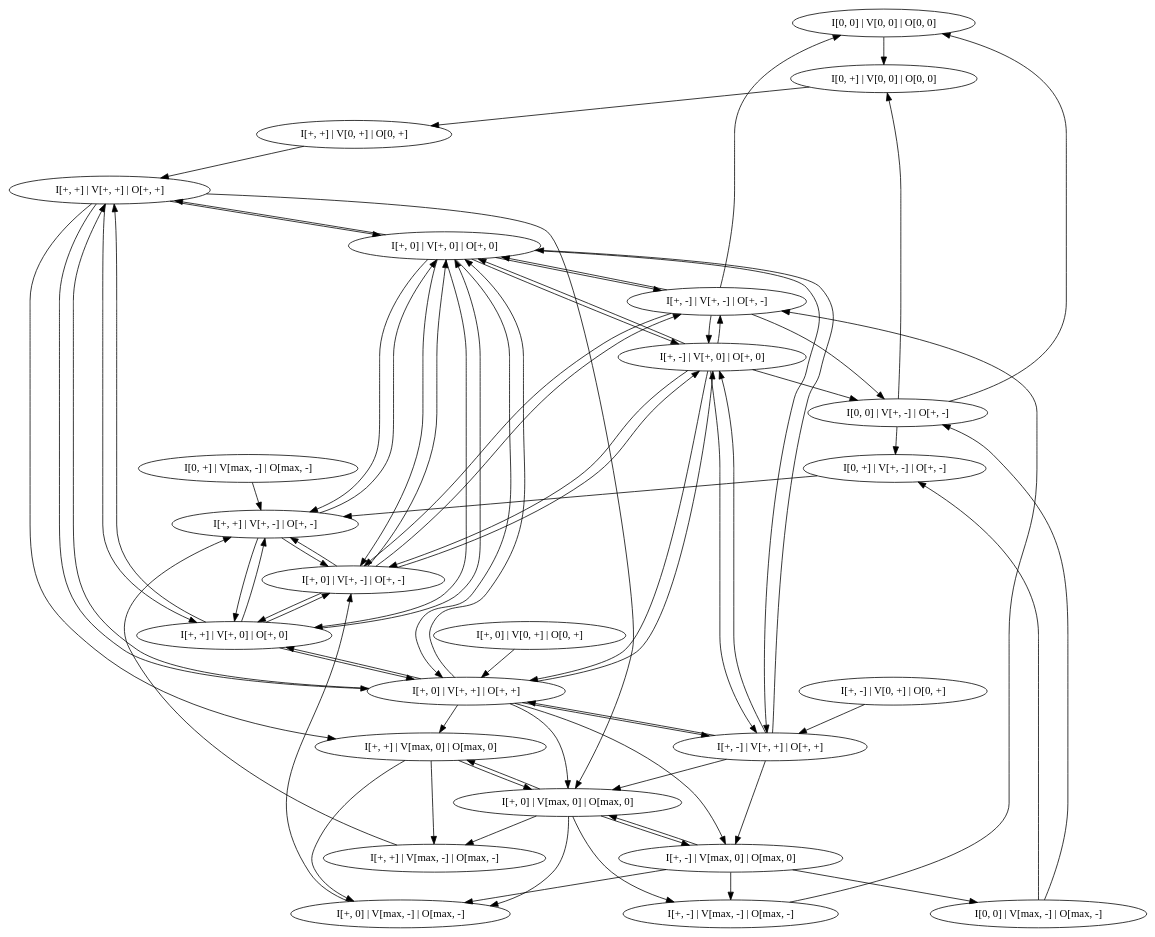
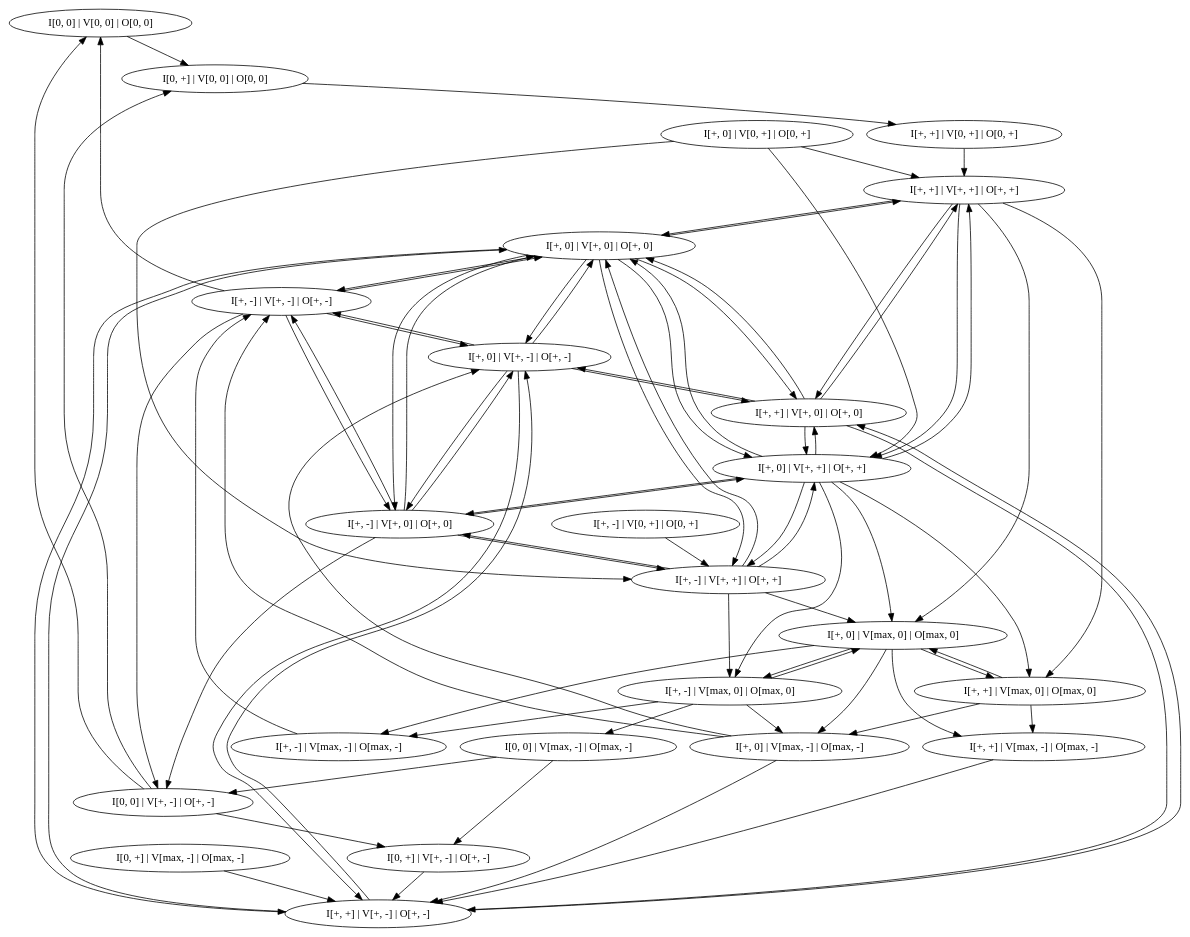
The diagram in test-output/state-graph.gv (pmusce/qrsink), drawn with Graphviz before and after one commit. The commit also changed 2 other files, not shown here.

```diff
--- a/test-output/state-graph.gv
+++ b/test-output/state-graph.gv
@@ -1,104 +1,108 @@
 // Transition Graph
 digraph {
 	0 [label="I[0, 0] | V[0, 0] | O[0, 0]"]
 	1 [label="I[0, +] | V[0, 0] | O[0, 0]"]
 	2 [label="I[0, 0] | V[+, -] | O[+, -]"]
 	3 [label="I[0, +] | V[+, -] | O[+, -]"]
 	4 [label="I[0, 0] | V[max, -] | O[max, -]"]
 	5 [label="I[0, +] | V[max, -] | O[max, -]"]
 	6 [label="I[+, -] | V[0, +] | O[0, +]"]
 	7 [label="I[+, 0] | V[0, +] | O[0, +]"]
 	8 [label="I[+, +] | V[0, +] | O[0, +]"]
 	9 [label="I[+, -] | V[+, -] | O[+, -]"]
-	10 [label="I[+, 0] | V[+, -] | O[+, -]"]
-	11 [label="I[+, +] | V[+, -] | O[+, -]"]
-	12 [label="I[+, -] | V[+, 0] | O[+, 0]"]
+	10 [label="I[+, -] | V[+, 0] | O[+, 0]"]
+	11 [label="I[+, -] | V[+, +] | O[+, +]"]
+	12 [label="I[+, 0] | V[+, -] | O[+, -]"]
 	13 [label="I[+, 0] | V[+, 0] | O[+, 0]"]
-	14 [label="I[+, +] | V[+, 0] | O[+, 0]"]
-	15 [label="I[+, -] | V[+, +] | O[+, +]"]
-	16 [label="I[+, 0] | V[+, +] | O[+, +]"]
+	14 [label="I[+, 0] | V[+, +] | O[+, +]"]
+	15 [label="I[+, +] | V[+, -] | O[+, -]"]
+	16 [label="I[+, +] | V[+, 0] | O[+, 0]"]
 	17 [label="I[+, +] | V[+, +] | O[+, +]"]
 	18 [label="I[+, -] | V[max, -] | O[max, -]"]
-	19 [label="I[+, 0] | V[max, -] | O[max, -]"]
-	20 [label="I[+, +] | V[max, -] | O[max, -]"]
-	21 [label="I[+, -] | V[max, 0] | O[max, 0]"]
-	22 [label="I[+, 0] | V[max, 0] | O[max, 0]"]
+	19 [label="I[+, -] | V[max, 0] | O[max, 0]"]
+	20 [label="I[+, 0] | V[max, -] | O[max, -]"]
+	21 [label="I[+, 0] | V[max, 0] | O[max, 0]"]
+	22 [label="I[+, +] | V[max, -] | O[max, -]"]
 	23 [label="I[+, +] | V[max, 0] | O[max, 0]"]
 		0 -> 1
 		1 -> 8
 		2 -> 0
 		2 -> 1
 		2 -> 3
-		3 -> 11
+		3 -> 15
 		4 -> 2
 		4 -> 3
-		5 -> 11
-		6 -> 15
-		7 -> 16
+		5 -> 15
+		6 -> 11
+		7 -> 11
+		7 -> 14
+		7 -> 17
 		8 -> 17
 		9 -> 0
 		9 -> 2
 		9 -> 10
 		9 -> 12
 		9 -> 13
+		10 -> 2
 		10 -> 9
 		10 -> 11
 		10 -> 12
 		10 -> 13
 		10 -> 14
 		11 -> 10
 		11 -> 13
 		11 -> 14
-		12 -> 2
+		11 -> 19
+		11 -> 21
 		12 -> 9
 		12 -> 10
 		12 -> 13
 		12 -> 15
 		12 -> 16
 		13 -> 9
 		13 -> 10
 		13 -> 11
 		13 -> 12
 		13 -> 14
 		13 -> 15
 		13 -> 16
 		13 -> 17
 		14 -> 10
 		14 -> 11
 		14 -> 13
 		14 -> 16
 		14 -> 17
+		14 -> 19
+		14 -> 21
+		14 -> 23
 		15 -> 12
 		15 -> 13
 		15 -> 16
-		15 -> 21
-		15 -> 22
 		16 -> 12
 		16 -> 13
 		16 -> 14
 		16 -> 15
 		16 -> 17
-		16 -> 21
-		16 -> 22
-		16 -> 23
 		17 -> 13
 		17 -> 14
 		17 -> 16
-		17 -> 22
+		17 -> 21
 		17 -> 23
 		18 -> 9
-		19 -> 10
-		20 -> 11
-		21 -> 4
+		19 -> 4
+		19 -> 18
+		19 -> 20
+		19 -> 21
+		20 -> 9
+		20 -> 12
+		20 -> 15
 		21 -> 18
 		21 -> 19
+		21 -> 20
 		21 -> 22
-		22 -> 18
-		22 -> 19
-		22 -> 20
-		22 -> 21
-		22 -> 23
-		23 -> 19
+		21 -> 23
+		22 -> 15
 		23 -> 20
+		23 -> 21
 		23 -> 22
 }
```
